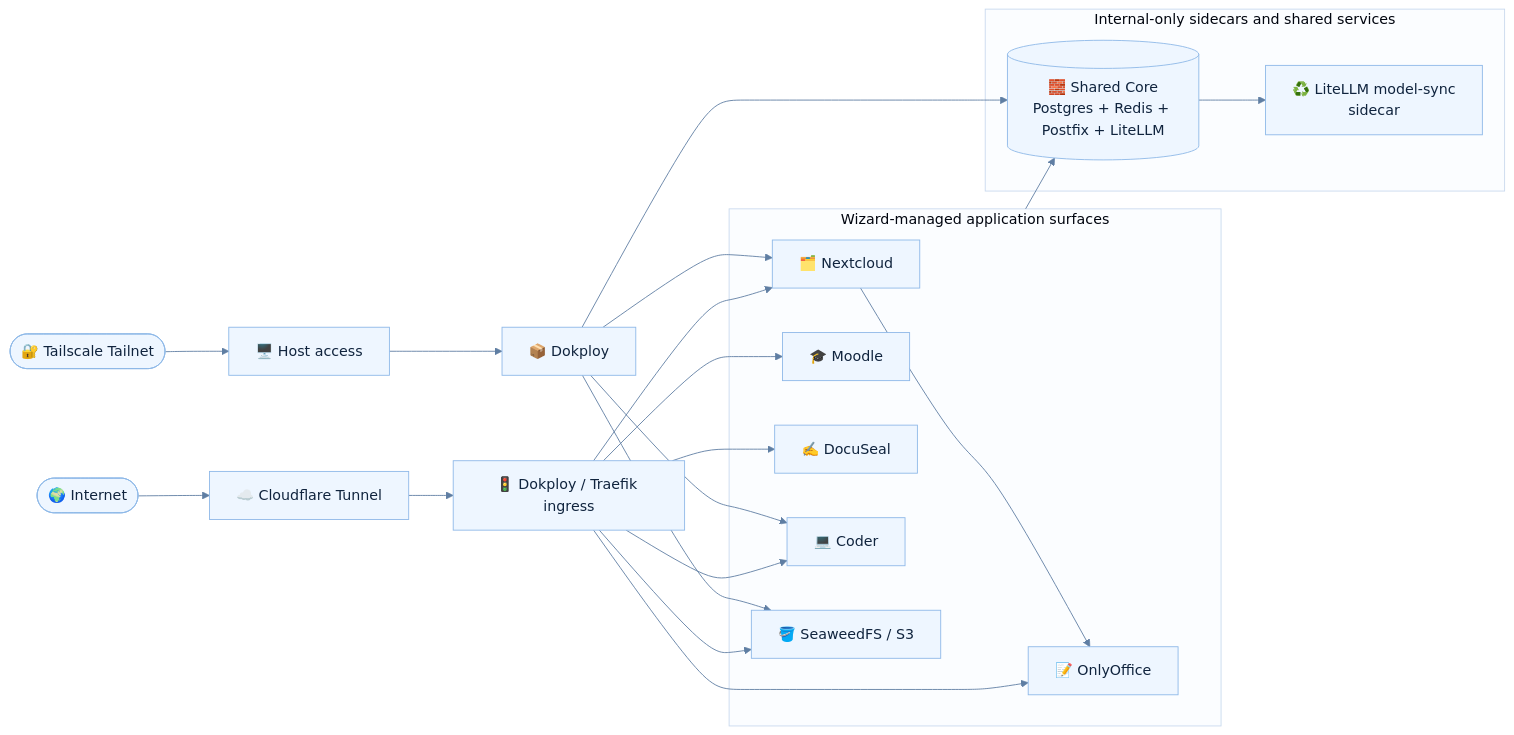
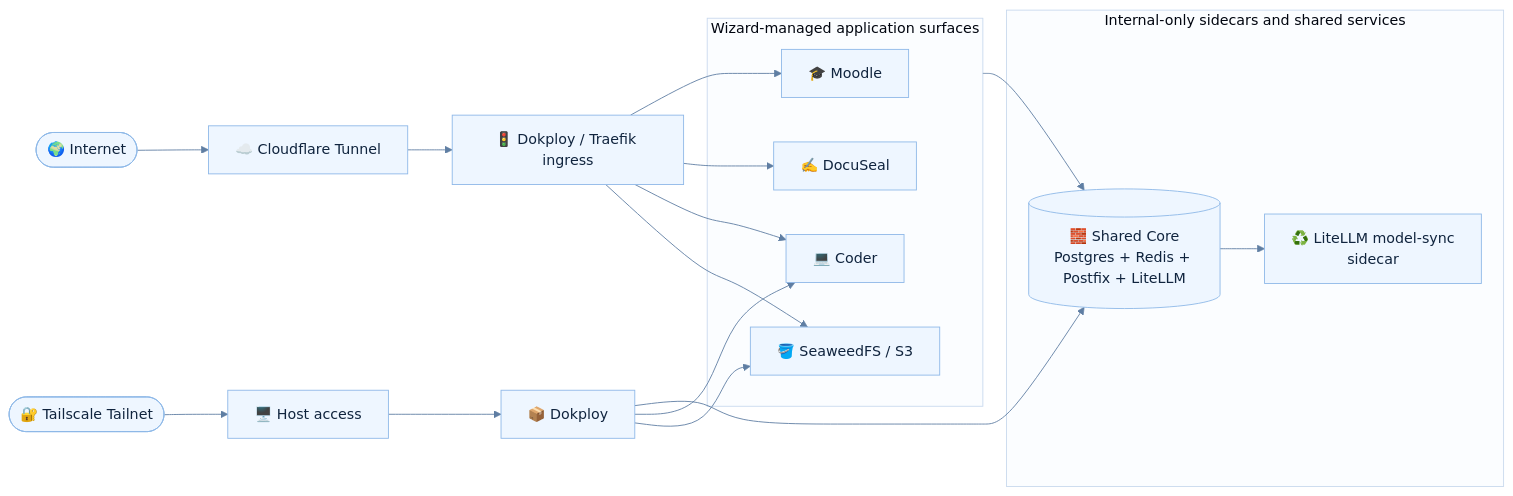
One commit to borealBytes/dokploy-wizard changed the first of 4 diagrams in README.md. Above: the diagram before and after it, drawn with Mermaid. The commit also changed other lines of this file and 68 other files, not shown here.

First line of the commit message:
feat!: retire the Nextcloud + OnlyOffice pack

````diff
--- a/README.md
+++ b/README.md
@@ -252,51 +251,45 @@
 ```mermaid
 %%{init: {
   "theme": "base",
   "themeVariables": {
     "primaryColor": "#eef6ff",
     "primaryTextColor": "#10243e",
     "primaryBorderColor": "#8eb8e8",
     "lineColor": "#5f7ea3",
     "secondaryColor": "#f7f9fc",
     "tertiaryColor": "#fffaf0",
     "clusterBkg": "#fbfdff",
     "clusterBorder": "#c9d9ee",
     "fontFamily": "Inter, ui-sans-serif, system-ui, sans-serif"
   }
 }}%%
 flowchart LR
     Internet([🌍 Internet]) --> CF[☁️ Cloudflare Tunnel]
     CF --> Traefik[🚦 Dokploy / Traefik ingress]
 
     Tailnet([🔐 Tailscale Tailnet]) --> Host[🖥️ Host access]
     Host --> Dokploy[📦 Dokploy]
 
     subgraph Apps[Wizard-managed application surfaces]
-      Nextcloud[🗂️ Nextcloud]
-      OnlyOffice[📝 OnlyOffice]
       Moodle[🎓 Moodle]
       DocuSeal[✍️ DocuSeal]
       Coder[💻 Coder]
       Seaweed[🪣 SeaweedFS / S3]
     end
 
     subgraph Internal[Internal-only sidecars and shared services]
       Shared[(🧱 Shared Core\nPostgres + Redis + Postfix + LiteLLM)]
       ModelSync[♻️ LiteLLM model-sync\nsidecar]
     end
 
-    Traefik --> Nextcloud
-    Traefik --> OnlyOffice
     Traefik --> Moodle
     Traefik --> DocuSeal
     Traefik --> Coder
     Traefik --> Seaweed
     Dokploy --> Shared
-    Dokploy --> Nextcloud
     Dokploy --> Coder
     Dokploy --> Seaweed
 
     Shared --> ModelSync
-    Nextcloud --> OnlyOffice
     Apps --> Shared
 ```
````
